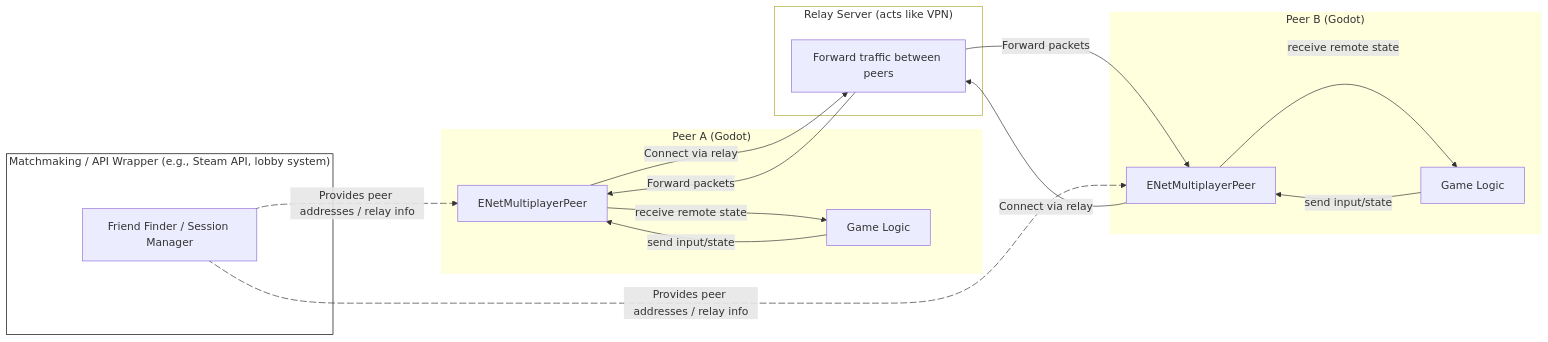
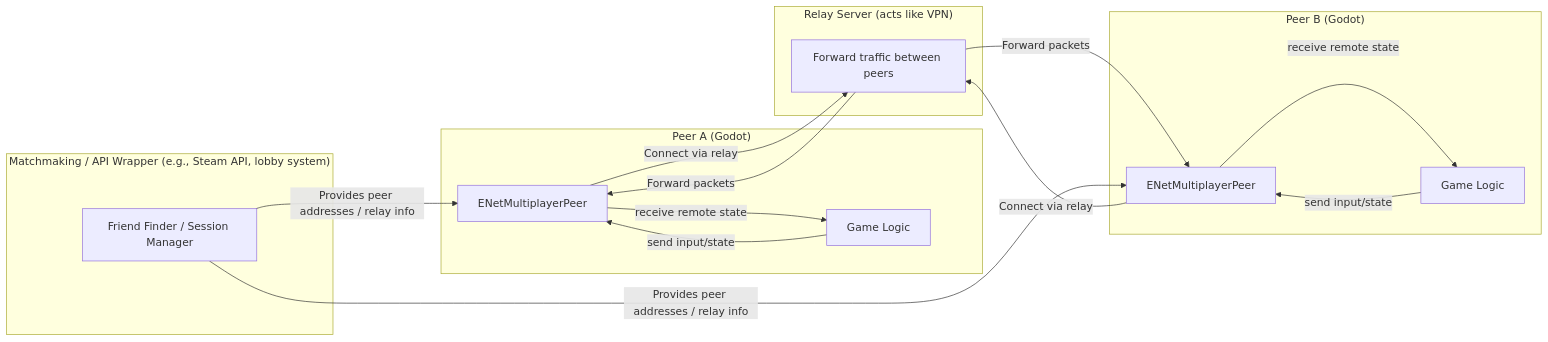
The second of 2 diagrams in content/Posts/Py&Godot.md (carlosnunez09/carlosnunez), drawn with Mermaid before and after one commit.

Commit message:
Refactor mermaid diagram connections for clarity and consistency

```diff
--- a/content/Posts/Py&Godot.md
+++ b/content/Posts/Py&Godot.md
@@ -56,36 +56,32 @@
 <div class="mermaid">
 flowchart LR
  subgraph PeerA["Peer A (Godot)"]
         A1["ENetMultiplayerPeer"]
         A2["Game Logic"]
   end
  subgraph PeerB["Peer B (Godot)"]
         B1["ENetMultiplayerPeer"]
         B2["Game Logic"]
   end
  subgraph Relay["Relay Server (acts like VPN)"]
         R1["Forward traffic between peers"]
   end
  subgraph Wrapper["Matchmaking / API Wrapper (e.g., Steam API, lobby system)"]
         W1["Friend Finder / Session Manager"]
   end
     A1 -- Connect via relay --> R1
     B1 -- Connect via relay --> R1
-    R1 -- Forward packets --> A1 & B1
+    R1 -- Forward packets --> A1
+    R1 -- Forward packets --> B1
     A2 -- send input/state --> A1
     B2 -- send input/state --> B1
     A1 -- receive remote state --> A2
     B1 -- receive remote state --> B2
-    W1 L_W1_A1_0@-- Provides peer addresses / relay info --> A1 & B1
+    W1 -- Provides peer addresses / relay info --> A1
+    W1 -- Provides peer addresses / relay info --> B1
 
     classDef peer fill:#f9f,stroke:#333,stroke-width:1px
     classDef relay fill:#bbf,stroke:#333,stroke-width:1px
     classDef wrapper fill:#cfc,stroke:#333,stroke-width:1px
-    style PeerA stroke:none
-    style PeerB stroke:none
-    style Wrapper stroke:#000000,fill:transparent
-    style Relay fill:transparent
-
-    L_W1_A1_0@{ animation: slow } 
-    L_W1_B1_0@{ animation: slow } 
+   
 </div>
```
